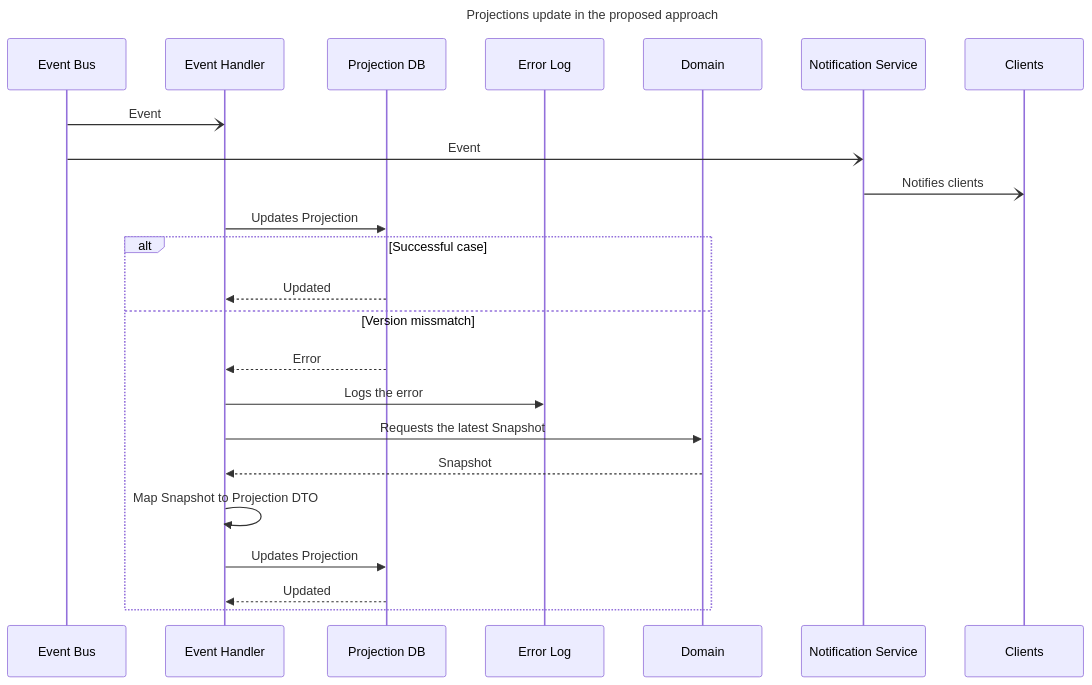
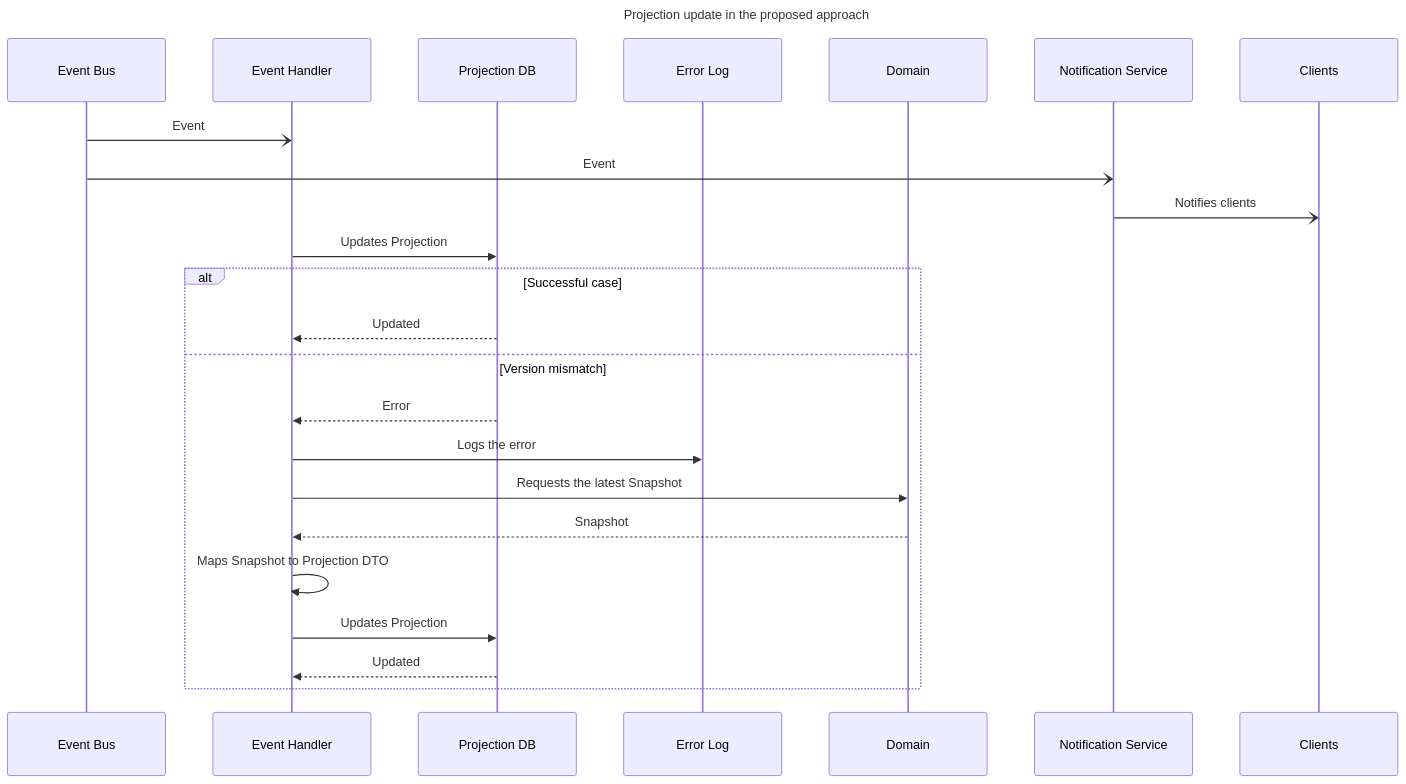
One commit to dmitryhruzin/CQRS-variations-test changed the seventh of 8 diagrams in docs/cqrs-modification.md. Above: the diagram before and after it, drawn with Mermaid. The commit also changed other lines of this file and 1 other file, not shown here.

Commit message:
docs: update to nevwer version

````diff
--- a/docs/cqrs-modification.md
+++ b/docs/cqrs-modification.md
@@ -145,29 +270,36 @@
 ```mermaid
 ---
-title: Projections update in the proposed approach
+title: Projection update in the proposed approach
+config:
+  sequence:
+    width: 200
+    height: 80
+    actorMargin: 60
+    boxMargin: 15
+    messageMargin: 45
 ---
 sequenceDiagram
     participant eb as Event Bus
     participant eh as Event Handler
     participant db as Projection DB
     participant el as Error Log
     participant d as Domain
     participant ns as Notification Service
     participant c as Clients
 
     eb-)eh: Event
     eb-)ns: Event
     ns-)c: Notifies clients
         eh->>db: Updates Projection
     alt Successful case
         db-->>eh: Updated
-    else Version missmatch
+    else Version mismatch
         db-->>eh: Error
         eh->>el: Logs the error
         eh->>d: Requests the latest Snapshot
         d-->>eh: Snapshot
-        eh->>eh: Map Snapshot to Projection DTO
+        eh->>eh: Maps Snapshot to Projection DTO
         eh->>db: Updates Projection
         db-->>eh: Updated
     end
 ```
````
